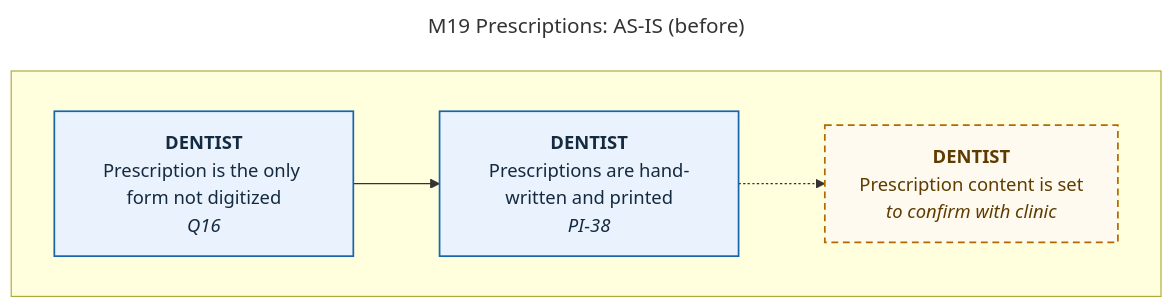
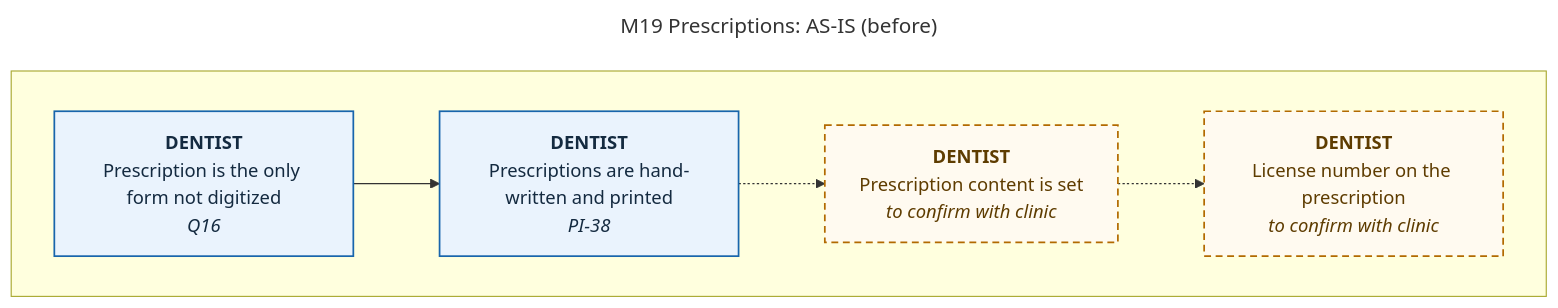
One commit to 0phem/multibranch-dental-clinic changed the diagram in docs/defense/diagrams/M19-prescriptions-as-is.mmd. Above: the diagram before and after it, drawn with Mermaid. The commit also changed 27 other files, not shown here.

Commit message:
docs: M19 and M20 implemented — statuses, TO-BE diagrams and process PDF, interview questions (prescriptions, license number, follow-ups, tooth numbering), open items 30–31, panel Q56–59, demo moment 3h, roadmap slide for M12/M24, pending migrations (item 18)

```diff
--- a/docs/defense/diagrams/M19-prescriptions-as-is.mmd
+++ b/docs/defense/diagrams/M19-prescriptions-as-is.mmd
@@ -1,18 +1,20 @@
 ---
 title: "M19 Prescriptions: AS-IS (before)"
 ---
 flowchart TB
     subgraph L2[" "]
     direction LR
       S0["<b>DENTIST</b><br/>Prescription is the only form not digitized<br/><i>Q16</i>"]:::cited
       S1["<b>DENTIST</b><br/>Prescriptions are hand-written and printed<br/><i>PI-38</i>"]:::cited
       S2["<b>DENTIST</b><br/>Prescription content is set<br/><i>to confirm with clinic</i>"]:::confirm
+      S3["<b>DENTIST</b><br/>License number on the prescription<br/><i>to confirm with clinic</i>"]:::confirm
     end
     S0 --> S1
     S1 -.-> S2
+    S2 -.-> S3
     classDef cited fill:#eaf3fd,stroke:#1865ac,color:#142a40,stroke-width:1.5px
     classDef confirm fill:#fffaf0,stroke:#b26a00,color:#5e3c00,stroke-width:1.5px,stroke-dasharray:6 4
     classDef auto fill:#e6f5ee,stroke:#0c7f75,color:#0f3d33,stroke-width:1.5px
     classDef manual fill:#eaf3fd,stroke:#1865ac,color:#142a40,stroke-width:1.5px
     classDef mock fill:#f3f5f7,stroke:#5a6b7d,color:#3a4e63,stroke-width:1.5px,stroke-dasharray:3 3
     classDef planned fill:#ffffff,stroke:#5a6b7d,color:#3a4e63,stroke-width:1.5px,stroke-dasharray:6 4
```
